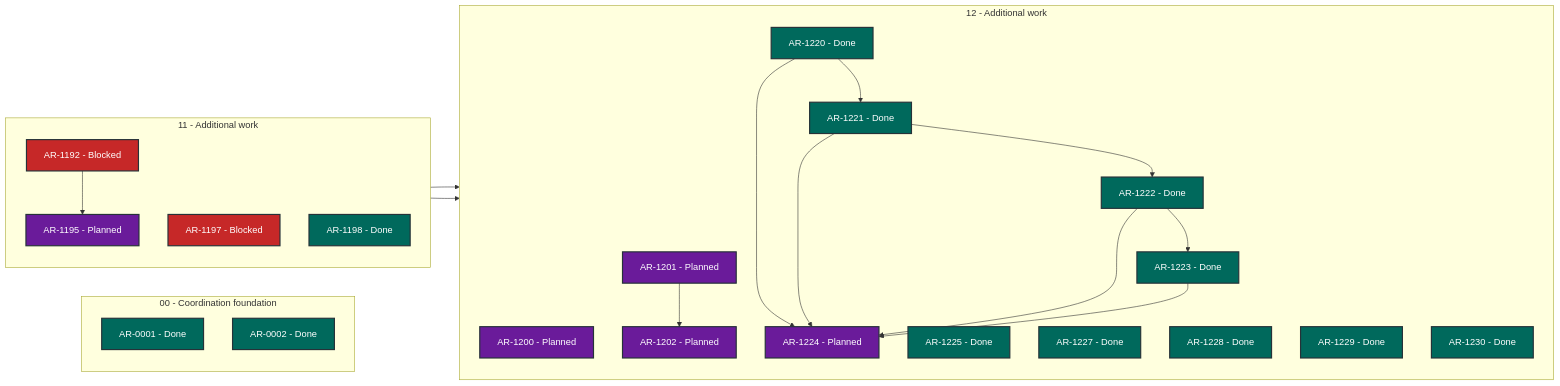
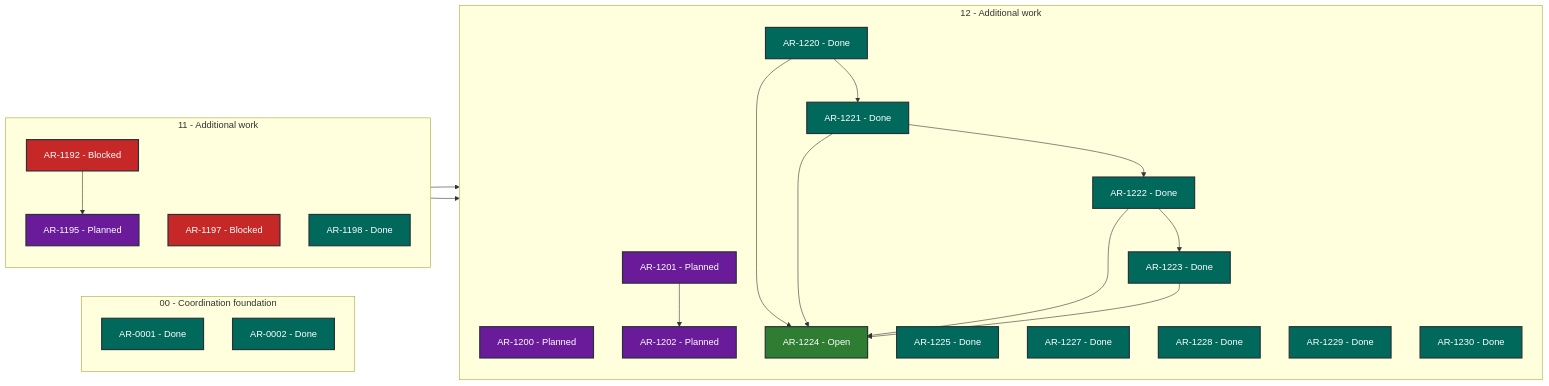
One commit to martin-beck/asb-tui-state changed the diagram in STATUS.md. Above: the diagram before and after it, drawn with Mermaid. The commit also changed other lines of this file and 2 other files, not shown here.

````diff
--- a/STATUS.md
+++ b/STATUS.md
@@ -27,50 +27,50 @@
 ```mermaid
 flowchart LR
     subgraph series_00["00 - Coordination foundation"]
         direction TB
         AR_0001["AR-0001 - Done"]:::status_done
         AR_0002["AR-0002 - Done"]:::status_done
     end
     subgraph series_11["11 - Additional work"]
         direction TB
         AR_1192["AR-1192 - Blocked"]:::status_blocked
         AR_1195["AR-1195 - Planned"]:::status_planned
         AR_1197["AR-1197 - Blocked"]:::status_blocked
         AR_1198["AR-1198 - Done"]:::status_done
     end
     subgraph series_12["12 - Additional work"]
         direction TB
         AR_1200["AR-1200 - Planned"]:::status_planned
         AR_1201["AR-1201 - Planned"]:::status_planned
         AR_1202["AR-1202 - Planned"]:::status_planned
         AR_1220["AR-1220 - Done"]:::status_done
         AR_1221["AR-1221 - Done"]:::status_done
         AR_1222["AR-1222 - Done"]:::status_done
         AR_1223["AR-1223 - Done"]:::status_done
-        AR_1224["AR-1224 - Planned"]:::status_planned
+        AR_1224["AR-1224 - Open"]:::status_open
         AR_1225["AR-1225 - Done"]:::status_done
         AR_1227["AR-1227 - Done"]:::status_done
         AR_1228["AR-1228 - Done"]:::status_done
         AR_1229["AR-1229 - Done"]:::status_done
         AR_1230["AR-1230 - Done"]:::status_done
     end
     AR_1192 --> AR_1195
     AR_1195 --> AR_1200
     AR_1197 --> AR_1201
     AR_1201 --> AR_1202
     AR_1220 --> AR_1221
     AR_1220 --> AR_1224
     AR_1221 --> AR_1222
     AR_1221 --> AR_1224
     AR_1222 --> AR_1223
     AR_1222 --> AR_1224
     AR_1223 --> AR_1224
     classDef status_in_progress fill:#1565c0,color:#ffffff,stroke:#263238,stroke-width:2px
     classDef status_open fill:#2e7d32,color:#ffffff,stroke:#263238,stroke-width:2px
     classDef status_blocked fill:#c62828,color:#ffffff,stroke:#263238,stroke-width:2px
     classDef status_planned fill:#6a1b9a,color:#ffffff,stroke:#263238,stroke-width:2px
     classDef status_future fill:#455a64,color:#ffffff,stroke:#263238,stroke-width:2px
     classDef status_done fill:#00695c,color:#ffffff,stroke:#263238,stroke-width:2px
     classDef status_cancelled fill:#616161,color:#ffffff,stroke:#263238,stroke-width:2px
     classDef status_superseded fill:#5d4037,color:#ffffff,stroke:#263238,stroke-width:2px
 ```
````
